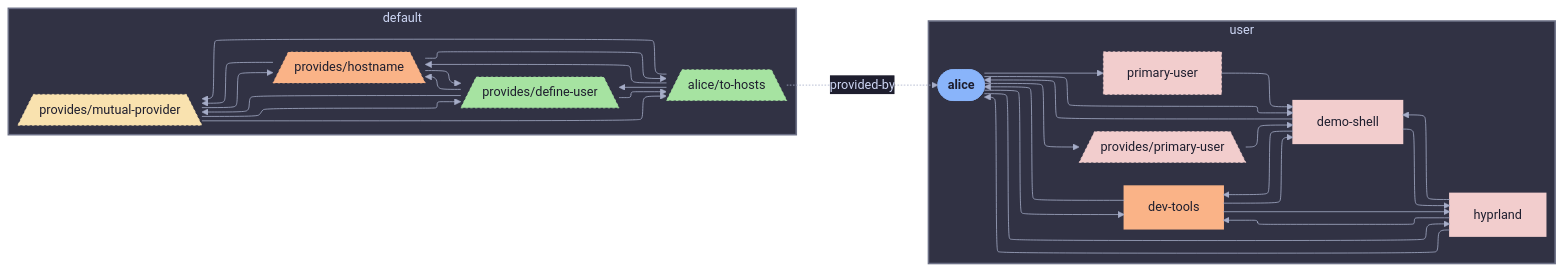
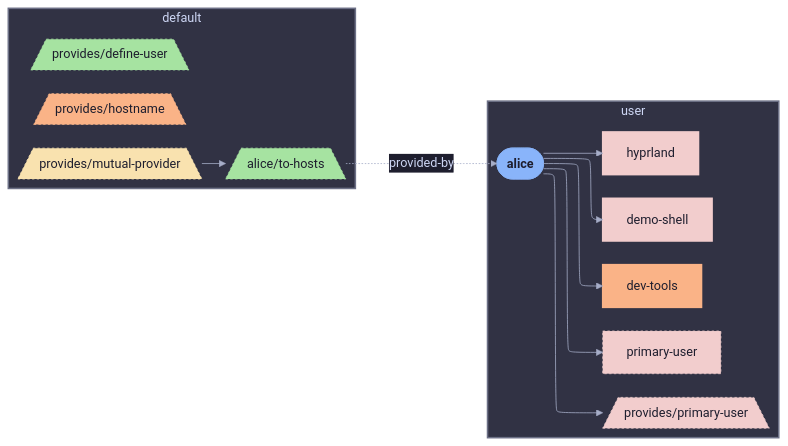
Before and after one commit to sini/den: the diagram in templates/diag-fx-demo/diagrams/angle-brackets-alice-has-aspect-hm.md, drawn with Mermaid. The commit also changed 849 other files, not shown here.

Commit message:
chore: update fx diagrams

````diff
--- a/templates/diag-fx-demo/diagrams/angle-brackets-alice-has-aspect-hm.md
+++ b/templates/diag-fx-demo/diagrams/angle-brackets-alice-has-aspect-hm.md
@@ -5,63 +5,41 @@
 ```mermaid
 %%{init: {"elk":{"mergeEdges":true,"nodePlacementStrategy":"BRANDES_KOEPF"},"layout":"elk","theme":"base","themeVariables":{"activationBkgColor":"#313244","activationBorderColor":"#6c7086","actorBkg":"#313244","actorBorder":"#a6adc8","actorLineColor":"#a6adc8","actorTextColor":"#cdd6f4","background":"#1e1e2e","classText":"#cdd6f4","clusterBkg":"#313244","clusterBorder":"#6c7086","edgeLabelBackground":"#1e1e2e","labelBoxBkgColor":"#313244","labelBoxBorderColor":"#a6adc8","labelTextColor":"#cdd6f4","lineColor":"#a6adc8","loopTextColor":"#cdd6f4","mainBkg":"#313244","nodeBkg":"#313244","nodeBorder":"#a6adc8","nodeTextColor":"#cdd6f4","noteBkgColor":"#313244","noteBorderColor":"#6c7086","noteTextColor":"#cdd6f4","pie1":"#f38ba8","pie2":"#fab387","pie3":"#f9e2af","pie4":"#a6e3a1","pie5":"#94e2d5","pie6":"#89b4fa","pie7":"#cba6f7","pie8":"#f2cdcd","pieLegendTextColor":"#cdd6f4","pieOuterStrokeColor":"#6c7086","pieSectionTextColor":"#cdd6f4","pieStrokeColor":"#6c7086","pieTitleTextColor":"#cdd6f4","primaryBorderColor":"#a6adc8","primaryColor":"#313244","primaryTextColor":"#cdd6f4","secondBkg":"#313244","secondaryBorderColor":"#6c7086","secondaryColor":"#313244","secondaryTextColor":"#cdd6f4","sequenceNumberColor":"#1e1e2e","signalColor":"#a6adc8","signalTextColor":"#cdd6f4","tertiaryBorderColor":"#6c7086","tertiaryColor":"#313244","tertiaryTextColor":"#cdd6f4","textColor":"#cdd6f4","titleColor":"#cdd6f4"}}}%%
 graph LR
   alice([alice]):::root
 
   subgraph ctx_user["user"]
   demo_shell["demo-shell"]:::demo_shell_c
   dev_tools["dev-tools"]:::dev_tools_c
   hyprland["hyprland"]:::hyprland_c
   primary_user["primary-user"]:::primary_user_c
   den__provides__primary_user[/"provides/primary-user"\]:::den__provides__primary_user_c
   alice --> demo_shell
   alice --> dev_tools
   alice --> hyprland
   alice --> primary_user
   alice --> den__provides__primary_user
-  demo_shell --> hyprland
-  demo_shell --> alice
-  demo_shell --> dev_tools
-  den__provides__primary_user --> demo_shell
-  dev_tools --> alice
-  dev_tools --> demo_shell
-  dev_tools --> hyprland
-  hyprland --> dev_tools
-  hyprland --> alice
-  hyprland --> demo_shell
-  primary_user --> demo_shell
   end
   subgraph ctx_default["default"]
   den__provides__define_user[/"provides/define-user"\]:::den__provides__define_user_c
   den__provides__hostname[/"provides/hostname"\]:::den__provides__hostname_c
   den__provides__mutual_provider[/"provides/mutual-provider"\]:::den__provides__mutual_provider_c
   alice__to_hosts[/"alice/to-hosts"\]:::alice__to_hosts_c
-  alice__to_hosts --> den__provides__define_user
-  alice__to_hosts --> den__provides__hostname
-  alice__to_hosts --> den__provides__mutual_provider
-  den__provides__mutual_provider --> den__provides__define_user
-  den__provides__mutual_provider --> den__provides__hostname
   den__provides__mutual_provider --> alice__to_hosts
-  den__provides__hostname --> den__provides__define_user
-  den__provides__define_user --> den__provides__hostname
-  den__provides__define_user --> den__provides__mutual_provider
-  den__provides__hostname --> den__provides__mutual_provider
-  den__provides__define_user --> alice__to_hosts
-  den__provides__hostname --> alice__to_hosts
   alice__to_hosts -.->|provided-by| alice
   end
 
 
   classDef root fill:#89b4fa,stroke:#89b4fa,color:#1e1e2e,font-weight:bold
   classDef alice_c fill:#f2cdcd,stroke:#f2cdcd,color:#1e1e2e,stroke-width:2px
   classDef den__provides__define_user_c fill:#a6e3a1,stroke:#a6e3a1,color:#1e1e2e,stroke-dasharray: 3 3,stroke-width:1px
   classDef demo_shell_c fill:#f2cdcd,stroke:#f2cdcd,color:#1e1e2e,stroke-width:2px
   classDef dev_tools_c fill:#fab387,stroke:#fab387,color:#1e1e2e,stroke-width:2px
   classDef den__provides__hostname_c fill:#fab387,stroke:#fab387,color:#1e1e2e,stroke-dasharray: 3 3,stroke-width:1px
   classDef hyprland_c fill:#f2cdcd,stroke:#f2cdcd,color:#1e1e2e,stroke-width:2px
   classDef den__provides__mutual_provider_c fill:#f9e2af,stroke:#f9e2af,color:#1e1e2e,stroke-dasharray: 3 3,stroke-width:1px
   classDef primary_user_c fill:#f2cdcd,stroke:#f2cdcd,color:#1e1e2e,stroke-dasharray: 3 3,stroke-width:1px
   classDef den__provides__primary_user_c fill:#f2cdcd,stroke:#f2cdcd,color:#1e1e2e,stroke-dasharray: 3 3,stroke-width:1px
   classDef alice__to_hosts_c fill:#a6e3a1,stroke:#a6e3a1,color:#1e1e2e,stroke-dasharray: 3 3,stroke-width:1px
 style ctx_user fill:#313244,stroke:#6c7086,stroke-width:2px
 style ctx_default fill:#313244,stroke:#6c7086,stroke-width:2px
 ```
````
